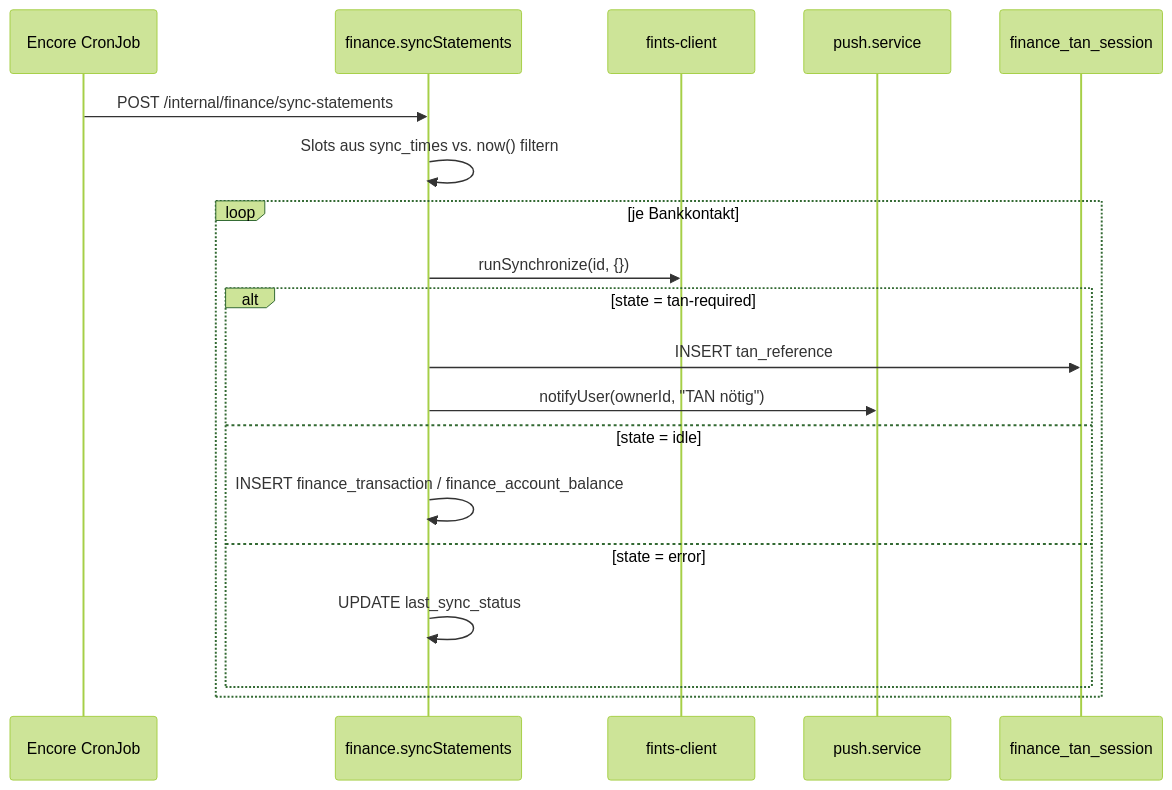
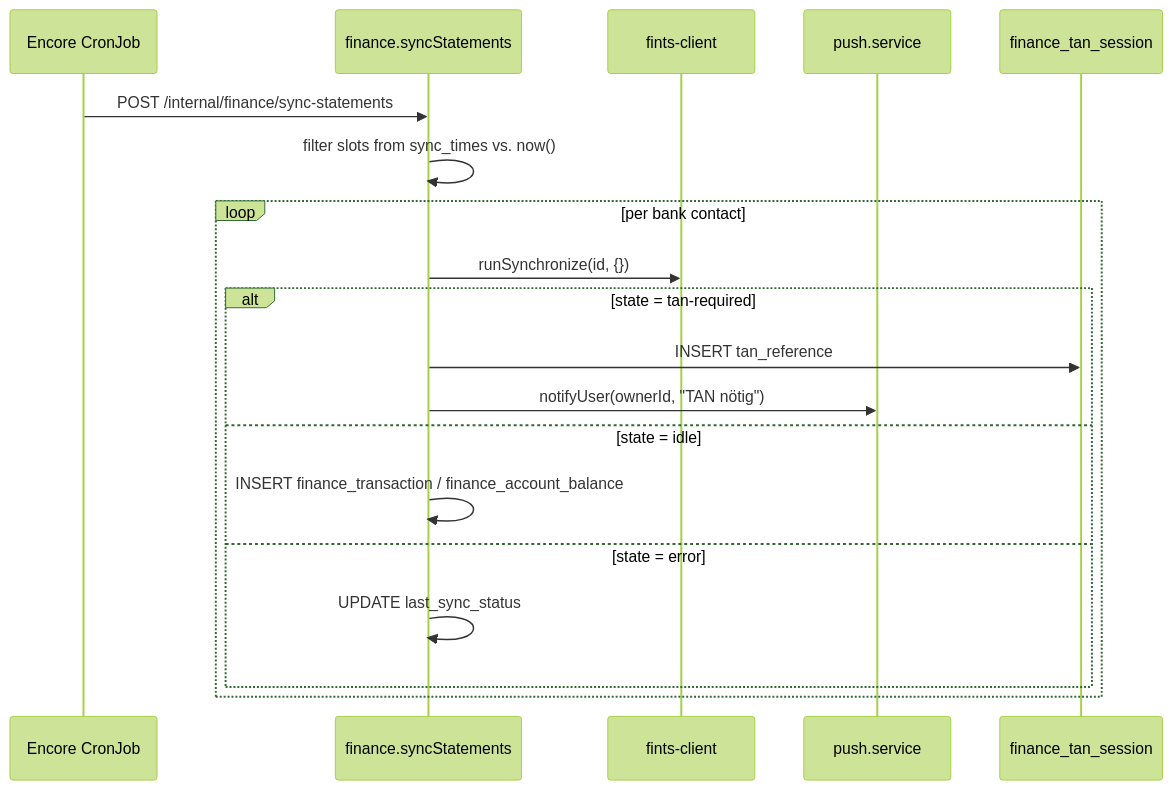
The second of 2 diagrams in documentation/finance-fints-integration.md (as19git67/fk-encore), drawn with Mermaid (forest theme) before and after one commit. The commit also changed other lines of this file and 35 other files, not shown here.

````diff
--- a/documentation/finance-fints-integration.md
+++ b/documentation/finance-fints-integration.md
@@ -393,22 +392,22 @@
 ```mermaid
 sequenceDiagram
   participant Cron as Encore CronJob
   participant API as finance.syncStatements
   participant FC as fints-client
   participant Push as push.service
   participant DB as finance_tan_session
 
   Cron->>API: POST /internal/finance/sync-statements
-  API->>API: Slots aus sync_times vs. now() filtern
-  loop je Bankkontakt
+  API->>API: filter slots from sync_times vs. now()
+  loop per bank contact
     API->>FC: runSynchronize(id, {})
     alt state = tan-required
       API->>DB: INSERT tan_reference
       API->>Push: notifyUser(ownerId, "TAN nötig")
     else state = idle
       API->>API: INSERT finance_transaction / finance_account_balance
     else state = error
       API->>API: UPDATE last_sync_status
     end
   end
 ```
````
